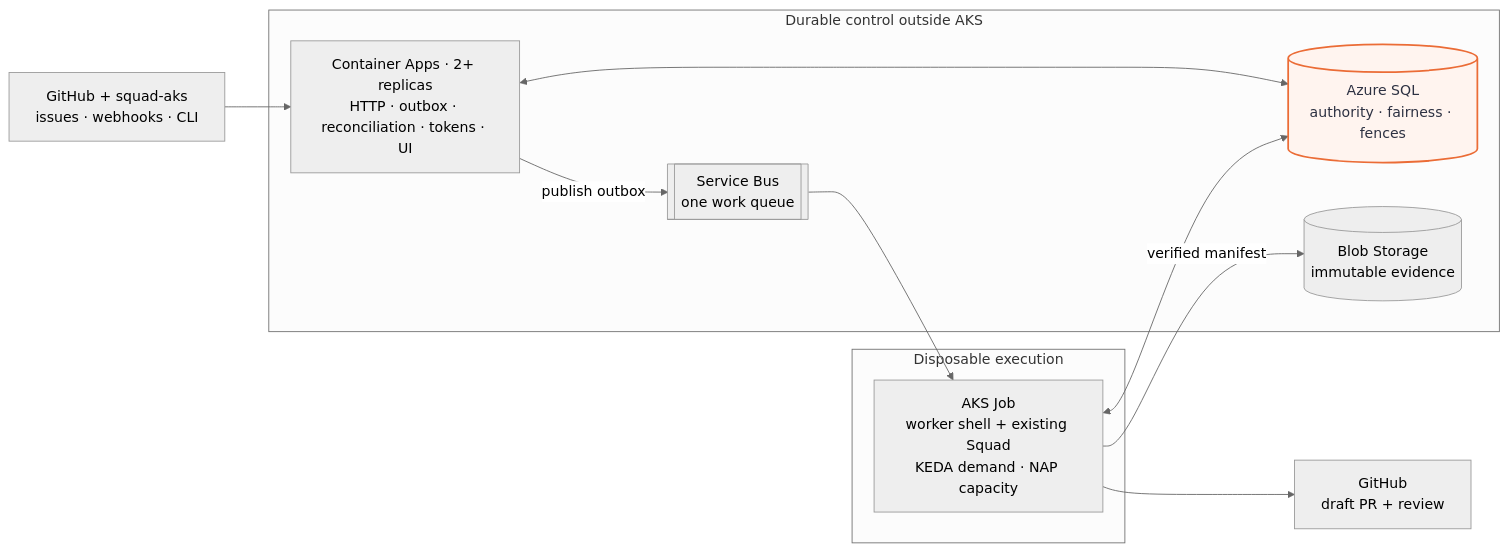
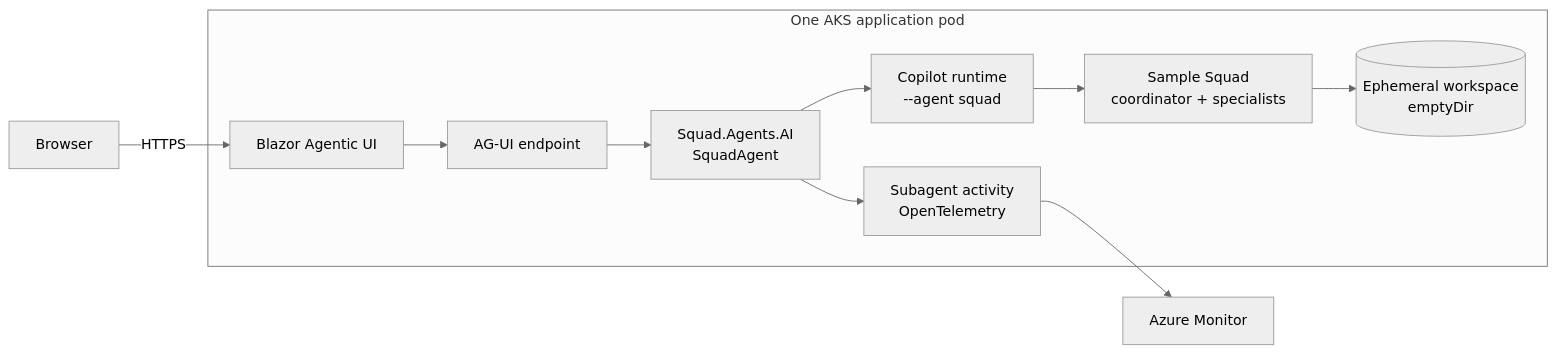
The first of 2 diagrams in README.md (bradygaster/squad-on-aks), drawn with Mermaid (neutral theme) before and after one commit. The commit also changed other lines of this file, not shown here.

First line of the commit message:
docs: redefine the sample around Wave 1

````diff
--- a/README.md
+++ b/README.md
@@ -380,25 +50,15 @@
 ```mermaid
 flowchart LR
-    REQUESTS["GitHub + squad-aks<br/>issues · webhooks · CLI"] --> CONTROL
+    USER["Browser"] -->|"HTTPS"| UI["Blazor Agentic UI"]
 
-    subgraph Durable["Durable control outside AKS"]
-        CONTROL["Container Apps · 2+ replicas<br/>HTTP · outbox · reconciliation · tokens · UI"]
-        SQL[("Azure SQL<br/>authority · fairness · fences")]
-        SB[["Service Bus<br/>one work queue"]]
-        BLOB[("Blob Storage<br/>immutable evidence")]
+    subgraph POD["One AKS application pod"]
+        UI --> AGUI["AG-UI endpoint"]
+        AGUI --> AGENT["Squad.Agents.AI<br/>SquadAgent"]
+        AGENT --> COPILOT["Copilot runtime<br/>--agent squad"]
+        COPILOT --> SQUAD["Sample Squad<br/>coordinator + specialists"]
+        SQUAD --> WORKSPACE[("Ephemeral workspace<br/>emptyDir")]
+        AGENT --> TRACE["Subagent activity<br/>OpenTelemetry"]
     end
 
-    subgraph Execution["Disposable execution"]
-        JOB["AKS Job<br/>worker shell + existing Squad<br/>KEDA demand · NAP capacity"]
-    end
-
-    CONTROL -->|"publish outbox"| SB
-    SB --> JOB
-    CONTROL <--> SQL
-    JOB <--> SQL
-    JOB -->|"verified manifest"| BLOB
-    JOB --> OUTPUT["GitHub<br/>draft PR + review"]
-
-    classDef authority fill:#fff4ef,stroke:#eb6c36,color:#2d3142,stroke-width:2px
-    class SQL authority
+    TRACE --> MONITOR["Azure Monitor"]
 ```
````
